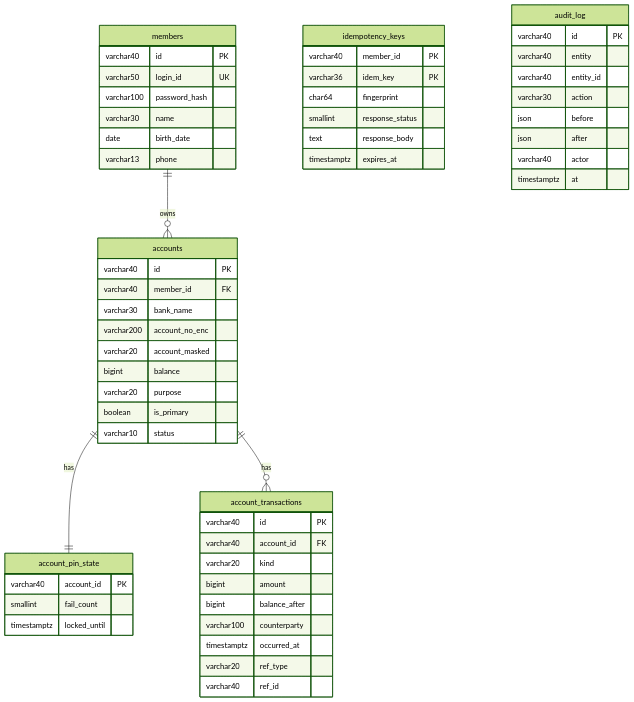
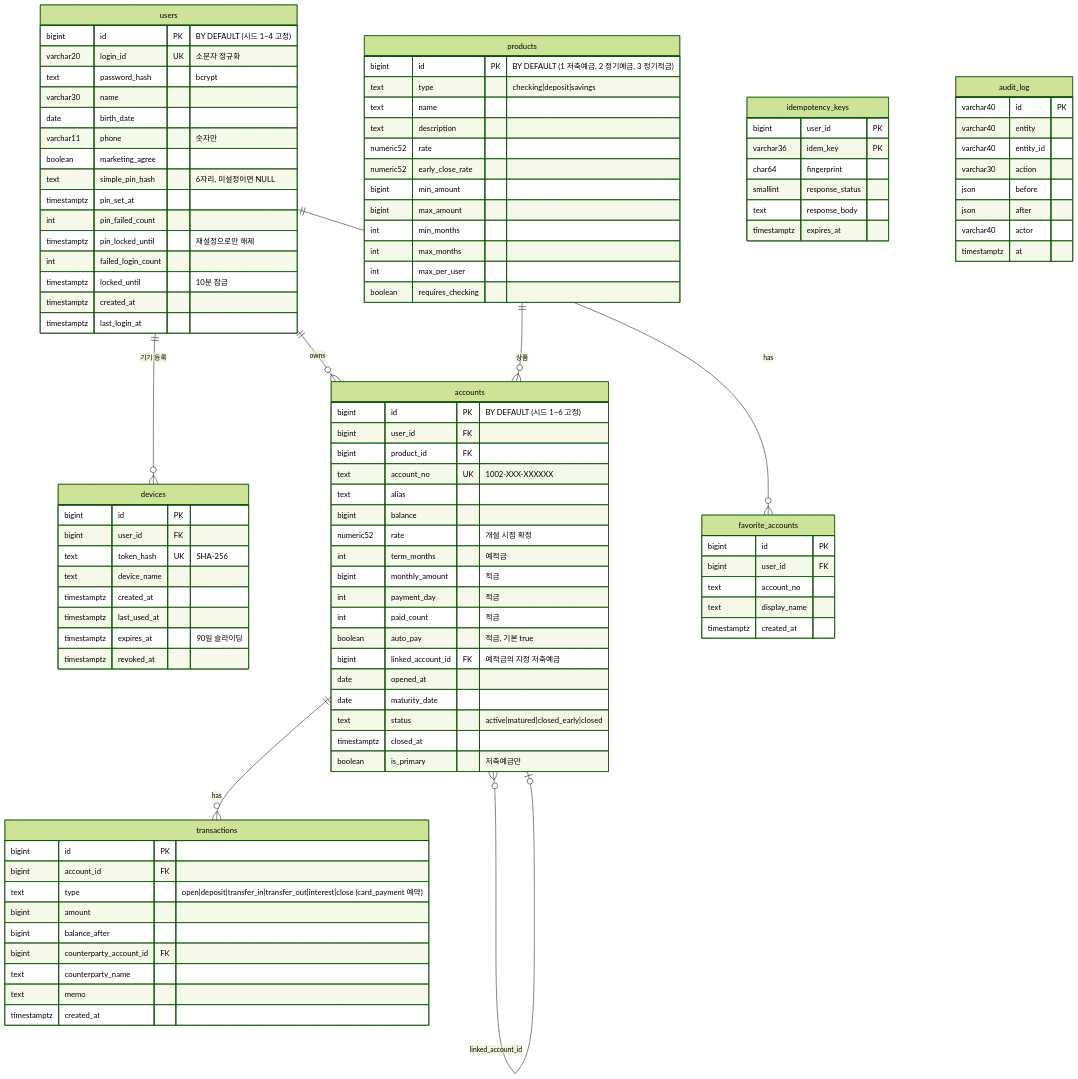
Before and after one commit to MumuKim0212/aim-middle-project: the second of 5 diagrams in docs/db/erd.md, drawn with Mermaid (forest theme). The commit also changed other lines of this file and 20 other files, not shown here.

````diff
--- a/docs/db/erd.md
+++ b/docs/db/erd.md
@@ -65,42 +76,86 @@
 ```mermaid
 erDiagram
-    members {
-        varchar40 id PK
-        varchar50 login_id UK
-        varchar100 password_hash
+    users {
+        bigint id PK "BY DEFAULT (시드 1~4 고정)"
+        varchar20 login_id UK "소문자 정규화"
+        text password_hash "bcrypt"
         varchar30 name
         date birth_date
-        varchar13 phone
+        varchar11 phone "숫자만"
+        boolean marketing_agree
+        text simple_pin_hash "6자리, 미설정이면 NULL"
+        timestamptz pin_set_at
+        int pin_failed_count
+        timestamptz pin_locked_until "재설정으로만 해제"
+        int failed_login_count
+        timestamptz locked_until "10분 잠금"
+        timestamptz created_at
+        timestamptz last_login_at
+    }
+    devices {
+        bigint id PK
+        bigint user_id FK
+        text token_hash UK "SHA-256"
+        text device_name
+        timestamptz created_at
+        timestamptz last_used_at
+        timestamptz expires_at "90일 슬라이딩"
+        timestamptz revoked_at
+    }
+    products {
+        bigint id PK "BY DEFAULT (1 저축예금, 2 정기예금, 3 정기적금)"
+        text type "checking|deposit|savings"
+        text name
+        text description
+        numeric52 rate
+        numeric52 early_close_rate
+        bigint min_amount
+        bigint max_amount
+        int min_months
+        int max_months
+        int max_per_user
+        boolean requires_checking
     }
     accounts {
-        varchar40 id PK
-        varchar40 member_id FK
-        varchar30 bank_name
-        varchar200 account_no_enc
-        varchar20 account_masked
+        bigint id PK "BY DEFAULT (시드 1~6 고정)"
+        bigint user_id FK
+        bigint product_id FK
+        text account_no UK "1002-XXX-XXXXXX"
+        text alias
         bigint balance
-        varchar20 purpose
-        boolean is_primary
-        varchar10 status
+        numeric52 rate "개설 시점 확정"
+        int term_months "예적금"
+        bigint monthly_amount "적금"
+        int payment_day "적금"
+        int paid_count "적금"
+        boolean auto_pay "적금, 기본 true"
+        bigint linked_account_id FK "예적금의 지정 저축예금"
+        date opened_at
+        date maturity_date
+        text status "active|matured|closed_early|closed"
+        timestamptz closed_at
+        boolean is_primary "저축예금만"
     }
-    account_pin_state {
-        varchar40 account_id PK
-        smallint fail_count
-        timestamptz locked_until
-    }
-    account_transactions {
-        varchar40 id PK
-        varchar40 account_id FK
-        varchar20 kind
+    transactions {
+        bigint id PK
+        bigint account_id FK
+        text type "open|deposit|transfer_in|transfer_out|interest|close (card_payment 예약)"
         bigint amount
         bigint balance_after
-        varchar100 counterparty
-        timestamptz occurred_at
-        varchar20 ref_type
-        varchar40 ref_id
+        bigint counterparty_account_id FK
+        text counterparty_name
+        text memo
+        timestamptz created_at
+    }
+    favorite_accounts {
+        bigint id PK
+        bigint user_id FK
+        text account_no
+        text display_name
+        timestamptz created_at
     }
     idempotency_keys {
-        varchar40 member_id PK
+        bigint user_id PK
         varchar36 idem_key PK
         char64 fingerprint
         smallint response_status
@@ -117,7 +172,10 @@
         varchar40 actor
         timestamptz at
     }
-    members ||--o{ accounts : owns
-    accounts ||--|| account_pin_state : has
-    accounts ||--o{ account_transactions : has
+    users ||--o{ devices : "기기 등록"
+    users ||--o{ accounts : owns
+    users ||--o{ favorite_accounts : has
+    products ||--o{ accounts : "상품"
+    accounts ||--o{ transactions : has
+    accounts }o--o| accounts : "linked_account_id"
 ```
````
